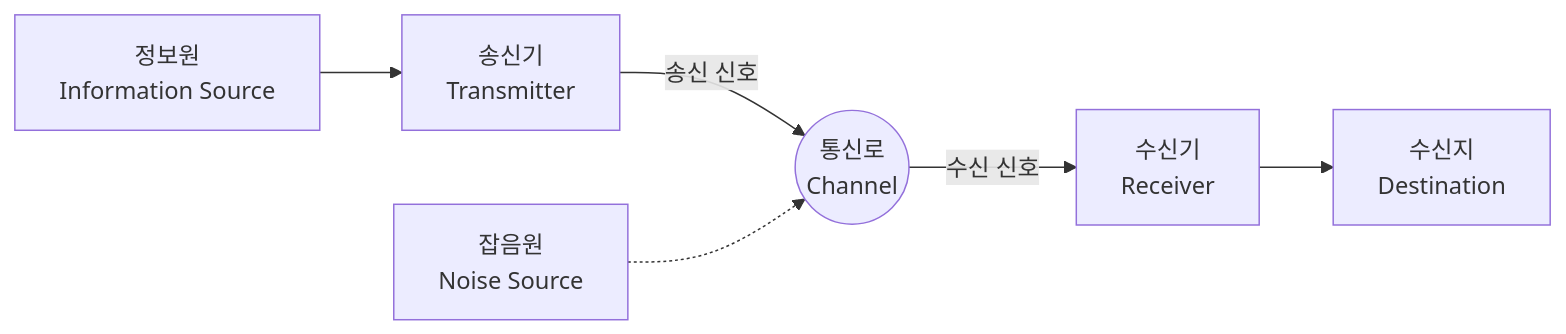
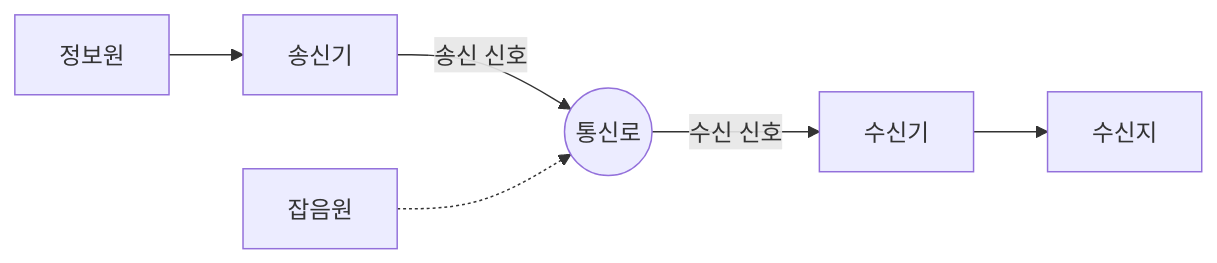
Before and after one commit to kenjinote/blog: the diagram in content/post/information-theory-shannon-entropy/index.ko.md, drawn with Mermaid. The commit also changed other lines of this file and 9 other files, not shown here.

````diff
--- a/content/post/information-theory-shannon-entropy/index.ko.md
+++ b/content/post/information-theory-shannon-entropy/index.ko.md
@@ -28,8 +29,8 @@
 ```mermaid
 graph LR
-    A["정보원<br>Information Source"] --> B["송신기<br>Transmitter"]
-    B -->|"송신 신호"| C(("통신로<br>Channel"))
-    C -->|"수신 신호"| D["수신기<br>Receiver"]
-    D --> E["수신지<br>Destination"]
-    N["잡음원<br>Noise Source"] -.-> C
+    A["정보원"] --> B["송신기"]
+    B -->|"송신 신호"| C(("통신로"))
+    C -->|"수신 신호"| D["수신기"]
+    D --> E["수신지"]
+    N["잡음원"] -.-> C
 ```
````
